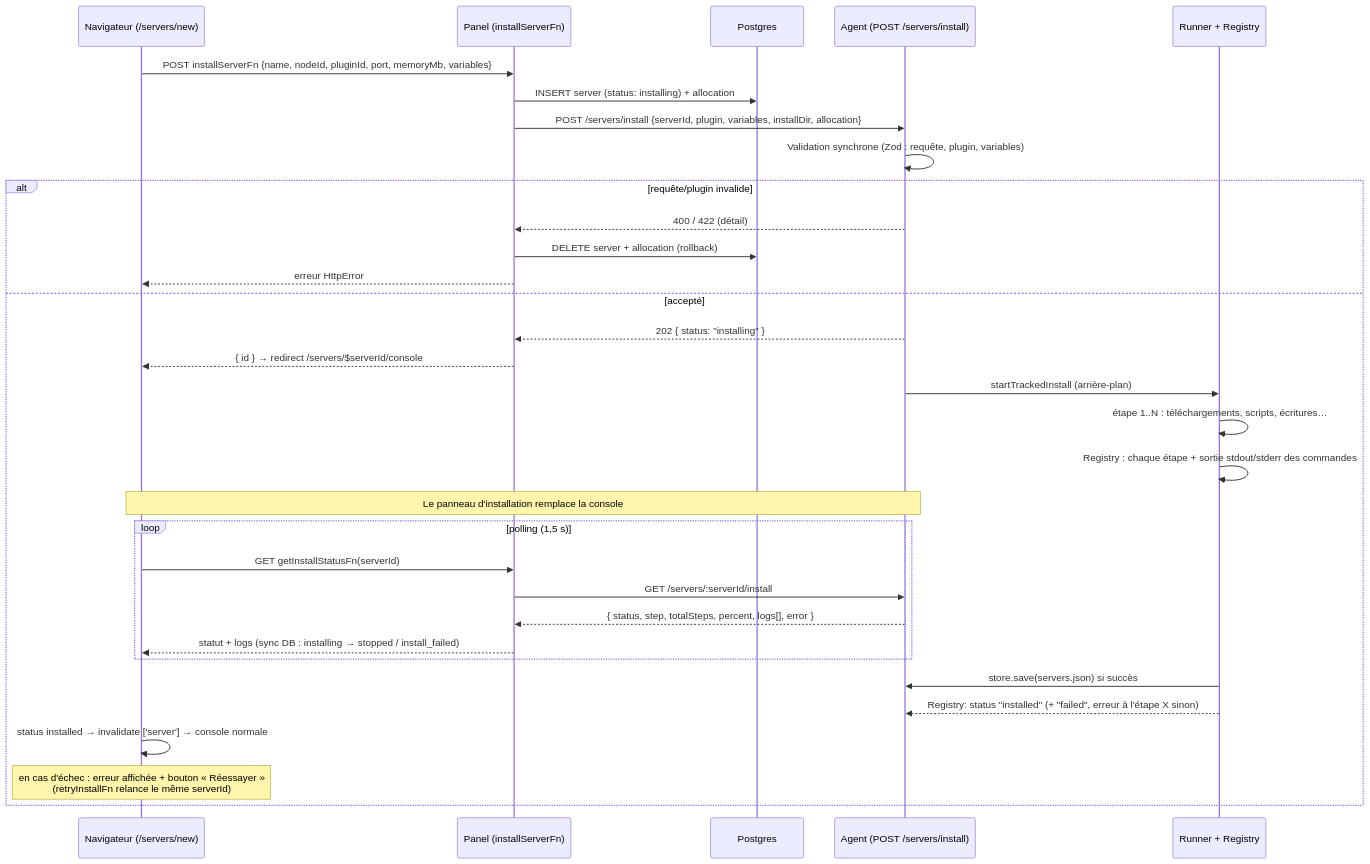
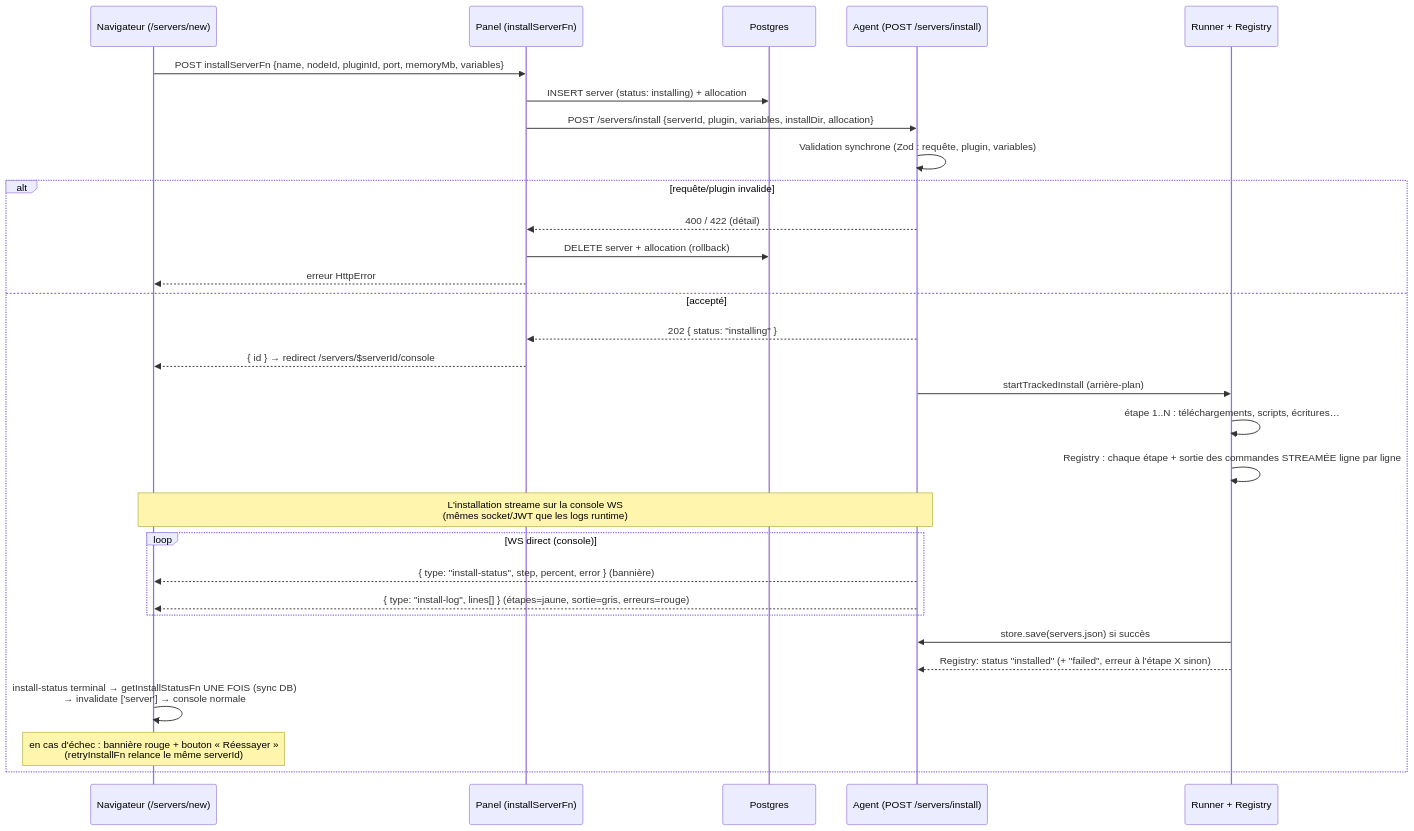
One commit to mojito-panel/panel changed the third of 8 diagrams in docs/communications.md. Above: the diagram before and after it, drawn with Mermaid. The commit also changed other lines of this file and 20 other files, not shown here.

````diff
--- a/docs/communications.md
+++ b/docs/communications.md
@@ -78,35 +78,33 @@
 ```mermaid
 sequenceDiagram
     participant N as Navigateur (/servers/new)
     participant P as Panel (installServerFn)
     participant D as Postgres
     participant A as Agent (POST /servers/install)
     participant R as Runner + Registry
 
     N->>P: POST installServerFn {name, nodeId, pluginId, port, memoryMb, variables}
     P->>D: INSERT server (status: installing) + allocation
     P->>A: POST /servers/install {serverId, plugin, variables, installDir, allocation}
     A->>A: Validation synchrone (Zod : requête, plugin, variables)
     alt requête/plugin invalide
         A-->>P: 400 / 422 (détail)
         P->>D: DELETE server + allocation (rollback)
         P-->>N: erreur HttpError
     else accepté
         A-->>P: 202 { status: "installing" }
         P-->>N: { id } → redirect /servers/$serverId/console
         A->>R: startTrackedInstall (arrière-plan)
         R->>R: étape 1..N : téléchargements, scripts, écritures…
-        R->>R: Registry : chaque étape + sortie stdout/stderr des commandes
-        Note over N,A: Le panneau d'installation remplace la console
-        loop polling (1,5 s)
-            N->>P: GET getInstallStatusFn(serverId)
-            P->>A: GET /servers/:serverId/install
-            A-->>P: { status, step, totalSteps, percent, logs[], error }
-            P-->>N: statut + logs (sync DB : installing → stopped / install_failed)
+        R->>R: Registry : chaque étape + sortie des commandes STREAMÉE ligne par ligne
+        Note over N,A: L'installation streame sur la console WS<br/>(mêmes socket/JWT que les logs runtime)
+        loop WS direct (console)
+            A-->>N: { type: "install-status", step, percent, error } (bannière)
+            A-->>N: { type: "install-log", lines[] } (étapes=jaune, sortie=gris, erreurs=rouge)
         end
         R->>A: store.save(servers.json) si succès
         R-->>A: Registry: status "installed" (+ "failed", erreur à l'étape X sinon)
-        N->>N: status installed → invalidate ['server'] → console normale
-        Note over N: en cas d'échec : erreur affichée + bouton « Réessayer »<br/>(retryInstallFn relance le même serverId)
+        N->>N: install-status terminal → getInstallStatusFn UNE FOIS (sync DB)<br/>→ invalidate ['server'] → console normale
+        Note over N: en cas d'échec : bannière rouge + bouton « Réessayer »<br/>(retryInstallFn relance le même serverId)
     end
 ```
````
